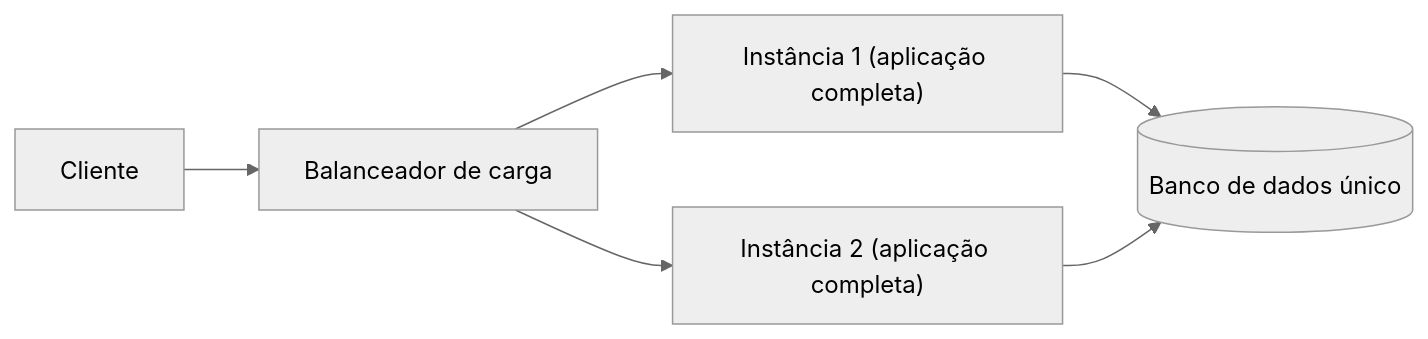
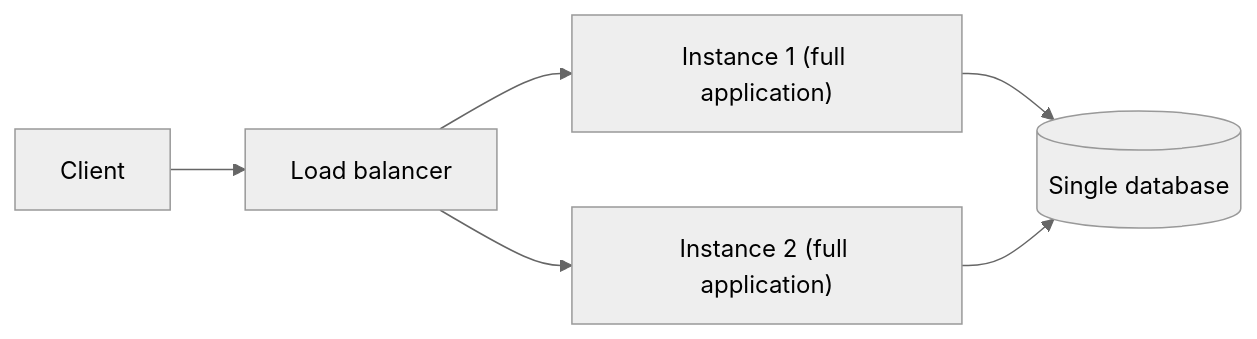
The diagram in docs/architecture/microservices/architectural-style/monolithic-architecture.md (alancesar/design-patterns), drawn with Mermaid (neutral theme) before and after one commit. The commit also changed 258 other files, not shown here.

First line of the commit message:
Translate Mermaid diagrams to English

````diff
--- a/docs/architecture/microservices/architectural-style/monolithic-architecture.md
+++ b/docs/architecture/microservices/architectural-style/monolithic-architecture.md
@@ -58,8 +58,8 @@
 ```mermaid
 flowchart LR
-    C[Cliente] --> LB[Balanceador de carga]
-    LB --> I1["Instância 1 (aplicação completa)"]
-    LB --> I2["Instância 2 (aplicação completa)"]
-    I1 --> DB[(Banco de dados único)]
+    C[Client] --> LB[Load balancer]
+    LB --> I1["Instance 1 (full application)"]
+    LB --> I2["Instance 2 (full application)"]
+    I1 --> DB[(Single database)]
     I2 --> DB
 ```
````
